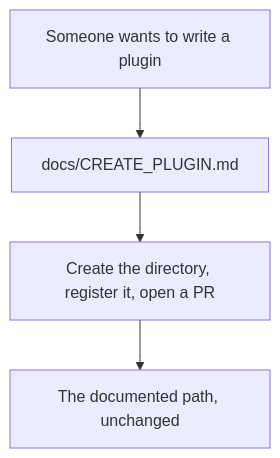
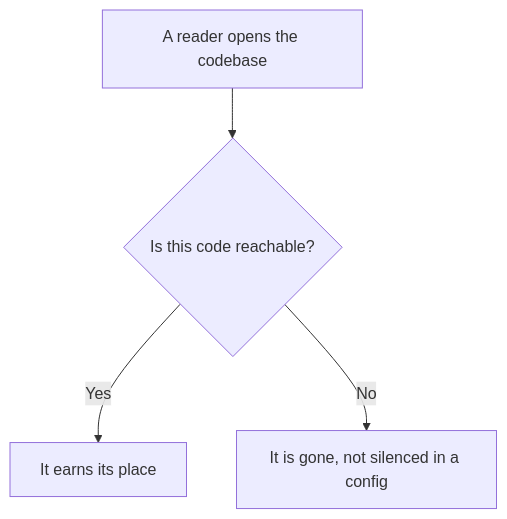
One commit to ai-driven-dev/aidd-framework changed the first of 2 diagrams in cli/aidd_docs/tasks/2026_08/2026_08_20_refactor-contextes-cli/phase-3.md. Above: the diagram before and after it, drawn with Mermaid. The commit also changed other lines of this file and 19 other files, not shown here.

````diff
--- a/cli/aidd_docs/tasks/2026_08/2026_08_20_refactor-contextes-cli/phase-3.md
+++ b/cli/aidd_docs/tasks/2026_08/2026_08_20_refactor-contextes-cli/phase-3.md
@@ -32,6 +41,6 @@
 ```mermaid
 flowchart TD
-  A[Someone wants to write a plugin] --> B[docs/CREATE_PLUGIN.md]
-  B --> C[Create the directory, register it, open a PR]
-  C --> D[The documented path, unchanged]
+  A[A reader opens the codebase] --> B{Is this code reachable?}
+  B -->|Yes| C[It earns its place]
+  B -->|No| D[It is gone, not silenced in a config]
 ```
````
